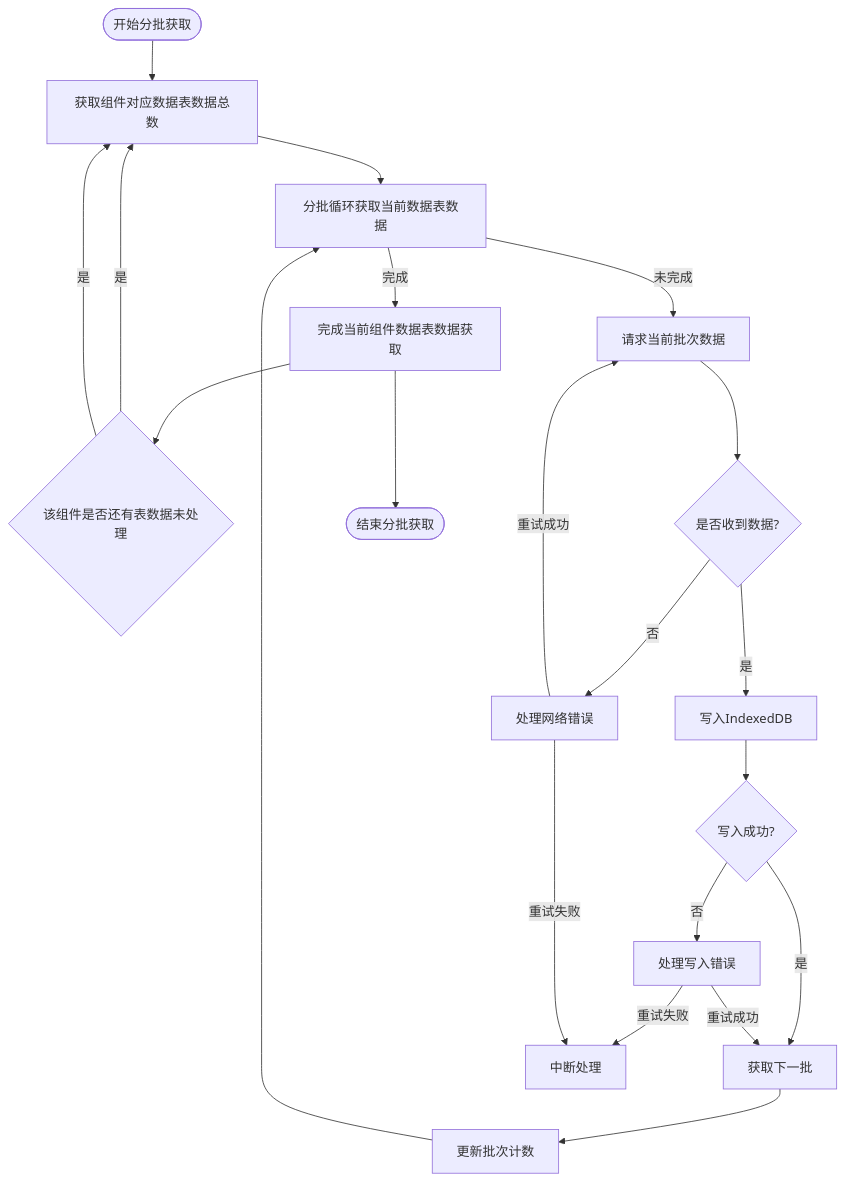
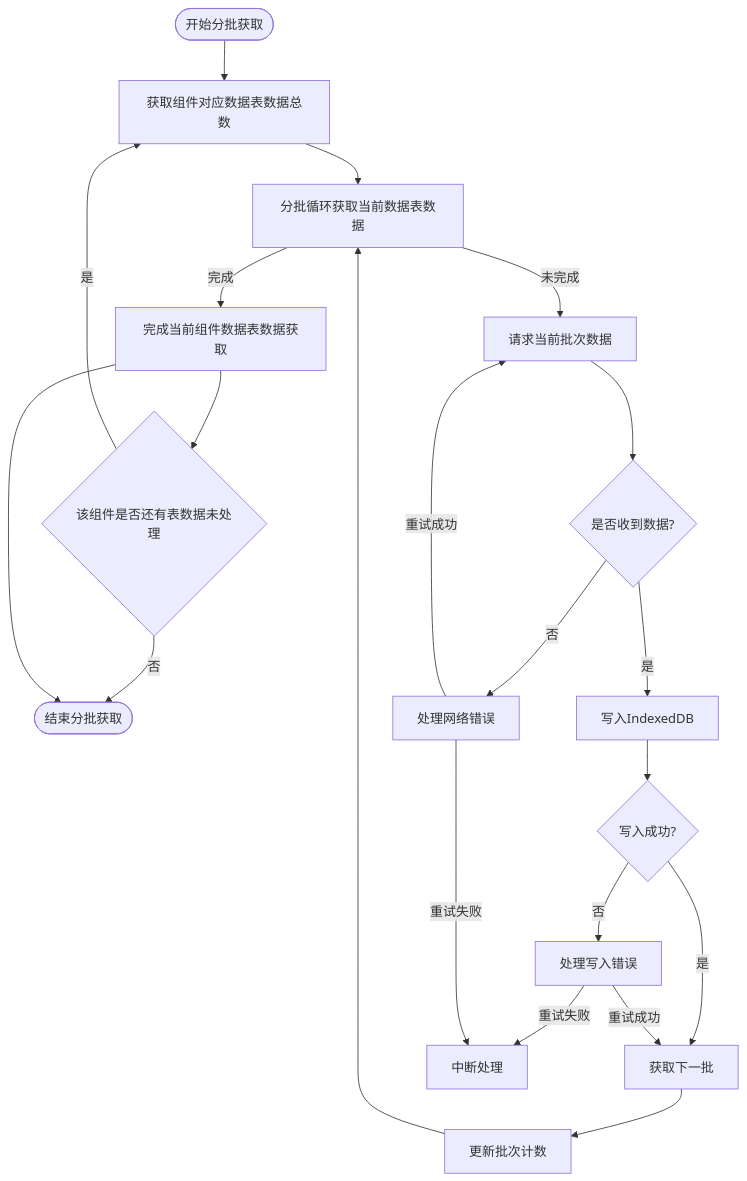
The diagram in all/未命名-56.md (yingjianzh/iodraw-files), drawn with Mermaid before and after one commit.

Commit message:
2025-05-12 10:27:40 update

````diff
--- a/all/未命名-56.md
+++ b/all/未命名-56.md
@@ -1,35 +1,35 @@
 ```mermaid
 
 flowchart TD
     StartBatch([开始分批获取]) --> InitializeBatch[获取组件对应数据表数据总数]
     InitializeBatch --> CheckBatchSize[分批循环获取当前数据表数据]
     
     CheckBatchSize -->|完成| BatchComplete[完成当前组件数据表数据获取]
 
     BatchComplete --> HasNext{该组件是否还有表数据未处理}
 
     HasNext --> |是| InitializeBatch
-    HasNext --> |是| InitializeBatch
+    HasNext --> |否| EndBatch
 
     
     CheckBatchSize -->|未完成| RequestBatch[请求当前批次数据]
     RequestBatch --> ReceiveBatch{是否收到数据?}
     
     ReceiveBatch -->|是| WriteToDB[写入IndexedDB]
     
     WriteToDB --> BatchSuccess{写入成功?}
     BatchSuccess -->|是| NextBatch[获取下一批]
     BatchSuccess -->|否| HandleError[处理写入错误]
     HandleError -->|重试成功| NextBatch
     HandleError -->|重试失败| AbortProcess[中断处理]
     
     ReceiveBatch -->|否| HandleNetworkError[处理网络错误]
     HandleNetworkError -->|重试成功| RequestBatch
     HandleNetworkError -->|重试失败| AbortProcess
     
     NextBatch --> IncrementBatch[更新批次计数]
     IncrementBatch --> CheckBatchSize
     
     BatchComplete --> EndBatch([结束分批获取])
 
 ```
````
